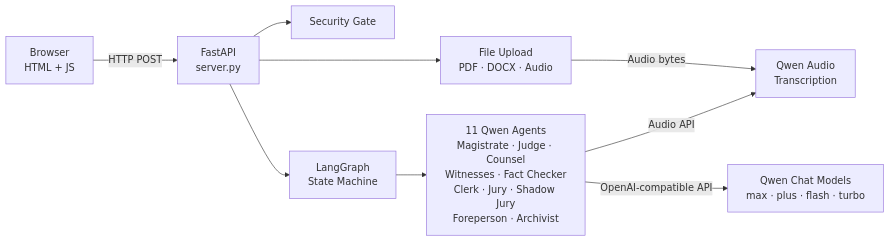
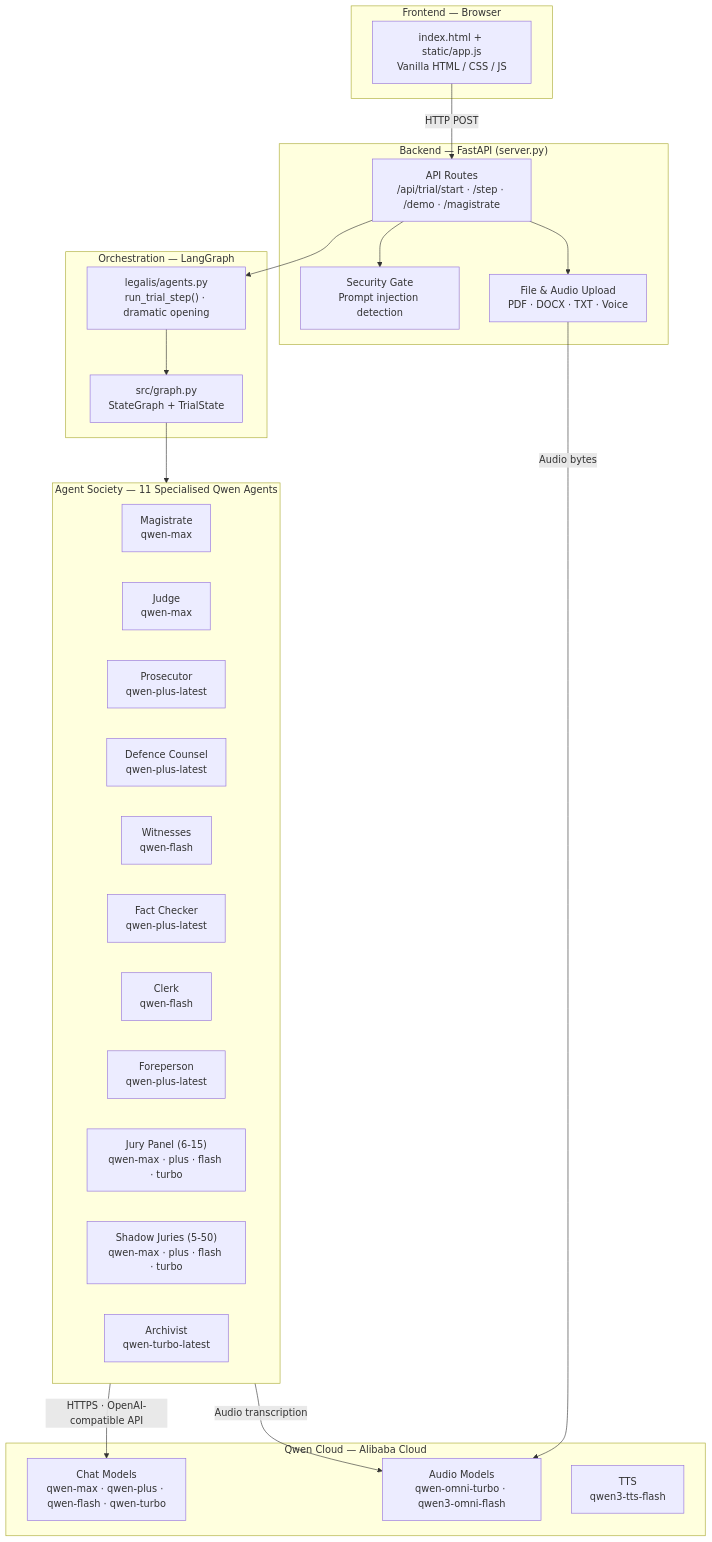
The diagram in docs/ARCHITECTURE.md (olatonrain/codex-legalis), drawn with Mermaid before and after one commit.

Commit message:
fix: restore detailed agent diagram, drop direction LR
- Restore all 11 individual agent nodes visible in subgraph
- Remove direction LR (causes render failure on GitHub's Mermaid)
- Keep subgraph IDs and edges between subgraphs
- Show full process flow: Browser -> Backend -> Orchestration -> Agents -> Qwen Cloud

````diff
--- a/docs/ARCHITECTURE.md
+++ b/docs/ARCHITECTURE.md
@@ -5,11 +5,47 @@
 ```mermaid
-graph LR
-    UI["Browser<br/>HTML + JS"] -->|"HTTP POST"| API["FastAPI<br/>server.py"]
-    API --> SEC["Security Gate"]
-    API --> UPLOAD["File Upload<br/>PDF · DOCX · Audio"]
-    API --> GRAPH["LangGraph<br/>State Machine"]
-    GRAPH --> AGENTS["11 Qwen Agents<br/>Magistrate · Judge · Counsel<br/>Witnesses · Fact Checker<br/>Clerk · Jury · Shadow Jury<br/>Foreperson · Archivist"]
-    UPLOAD -->|"Audio bytes"| AUDIO["Qwen Audio<br/>Transcription"]
-    AGENTS -->|"OpenAI-compatible API"| CHAT["Qwen Chat Models<br/>max · plus · flash · turbo"]
-    AGENTS -->|"Audio API"| AUDIO
+flowchart TD
+    subgraph FRONTEND["Frontend — Browser"]
+        UI["index.html + static/app.js<br/>Vanilla HTML / CSS / JS"]
+    end
+
+    subgraph BACKEND["Backend — FastAPI (server.py)"]
+        API["API Routes<br/>/api/trial/start · /step · /demo · /magistrate"]
+        SEC["Security Gate<br/>Prompt injection detection"]
+        UPLOAD["File & Audio Upload<br/>PDF · DOCX · TXT · Voice"]
+    end
+
+    subgraph ORCHESTRATION["Orchestration — LangGraph"]
+        GRAPH["src/graph.py<br/>StateGraph + TrialState"]
+        RUNNER["legalis/agents.py<br/>run_trial_step() · dramatic opening"]
+    end
+
+    subgraph AGENTS["Agent Society — 11 Specialised Qwen Agents"]
+        MAG["Magistrate<br/>qwen-max"]
+        JUD["Judge<br/>qwen-max"]
+        PROS["Prosecutor<br/>qwen-plus-latest"]
+        DEF["Defence Counsel<br/>qwen-plus-latest"]
+        WIT["Witnesses<br/>qwen-flash"]
+        FC["Fact Checker<br/>qwen-plus-latest"]
+        CLK["Clerk<br/>qwen-flash"]
+        FP["Foreperson<br/>qwen-plus-latest"]
+        JURY["Jury Panel (6-15)<br/>qwen-max · plus · flash · turbo"]
+        SHADOW["Shadow Juries (5-50)<br/>qwen-max · plus · flash · turbo"]
+        ARCH["Archivist<br/>qwen-turbo-latest"]
+    end
+
+    subgraph QWEN["Qwen Cloud — Alibaba Cloud"]
+        CHAT["Chat Models<br/>qwen-max · qwen-plus · qwen-flash · qwen-turbo"]
+        AUDIO["Audio Models<br/>qwen-omni-turbo · qwen3-omni-flash"]
+        TTS["TTS<br/>qwen3-tts-flash"]
+    end
+
+    UI -->|"HTTP POST"| API
+    API --> SEC
+    API --> UPLOAD
+    API --> RUNNER
+    RUNNER --> GRAPH
+    GRAPH --> AGENTS
+    UPLOAD -->|"Audio bytes"| AUDIO
+    AGENTS -->|"HTTPS · OpenAI-compatible API"| CHAT
+    AGENTS -->|"Audio transcription"| AUDIO
 ```
````
